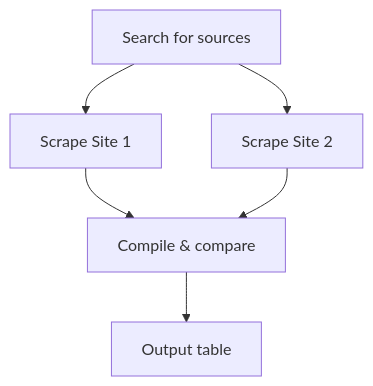
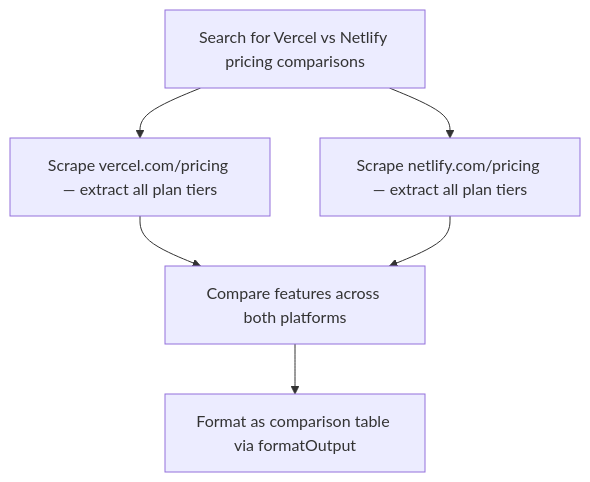
One commit to firecrawl/firecrawl-agent changed the first of 2 diagrams in agent-core/src/prompts/orchestrator.md. Above: the diagram before and after it, drawn with Mermaid. The commit also changed other lines of this file and 1 other file, not shown here.

First line of the commit message:
more descriptive mermaid plan diagrams, larger SVG min-height

````diff
--- a/agent-core/src/prompts/orchestrator.md
+++ b/agent-core/src/prompts/orchestrator.md
@@ -31,8 +31,8 @@
 ```mermaid
 graph TD
-    A[Search for sources] --> B[Scrape Site 1]
-    A --> C[Scrape Site 2]
-    B --> D[Compile & compare]
+    A[Search for Vercel vs Netlify pricing comparisons] --> B[Scrape vercel.com/pricing — extract all plan tiers]
+    A --> C[Scrape netlify.com/pricing — extract all plan tiers]
+    B --> D[Compare features across both platforms]
     C --> D
-    D --> E[Output table]
+    D --> E[Format as comparison table via formatOutput]
 ```
````
